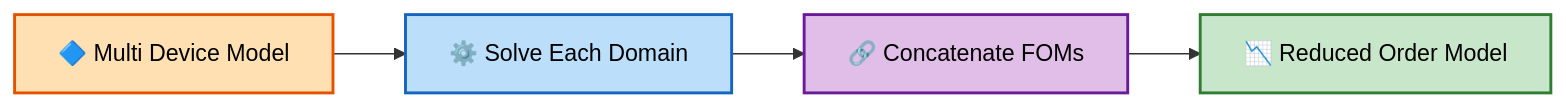
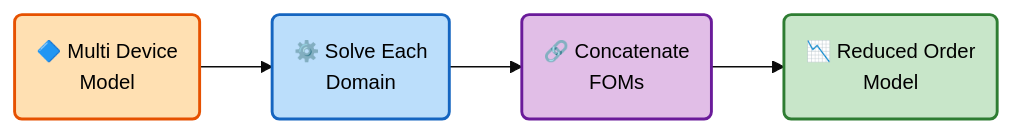
One commit to Dark-Elektron/cavsim3d changed the third of 6 diagrams in docs/architecture.md. Above: the diagram before and after it, drawn with Mermaid. The commit also changed other lines of this file and 32 other files, not shown here.

````diff
--- a/docs/architecture.md
+++ b/docs/architecture.md
@@ -32,8 +31,9 @@
 ```mermaid
+%%{init: {'theme': 'base', 'themeVariables': {'fontSize': '14px'}}}%%
 graph LR
-    A3["🔷 Multi Device Model"]:::input --> B3["⚙️ Solve Each Domain"]:::process --> C3["🔗 Concatenate FOMs"]:::concat --> D3["📉 Reduced Order Model"]:::output
+    A3("🔷 Multi Device<br/>Model"):::input --> B3("⚙️ Solve Each<br/>Domain"):::process --> C3("🔗 Concatenate<br/>FOMs"):::concat --> D3("📉 Reduced Order<br/>Model"):::output
     classDef input fill:#ffe0b2,stroke:#e65100,stroke-width:2px,color:#000
     classDef process fill:#bbdefb,stroke:#1565c0,stroke-width:2px,color:#000
     classDef concat fill:#e1bee7,stroke:#6a1b9a,stroke-width:2px,color:#000
     classDef output fill:#c8e6c9,stroke:#2e7d32,stroke-width:2px,color:#000
 ```
````
